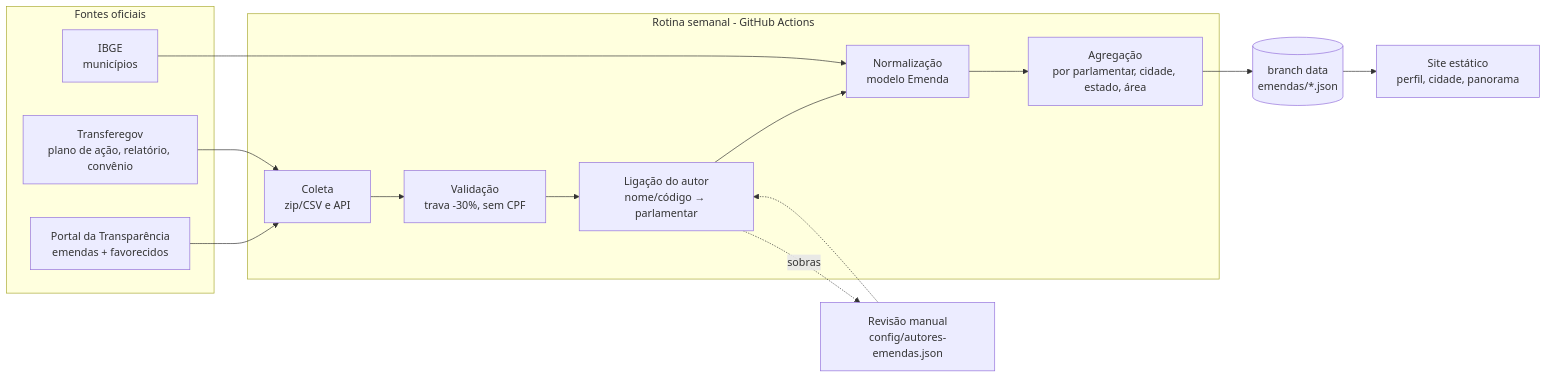
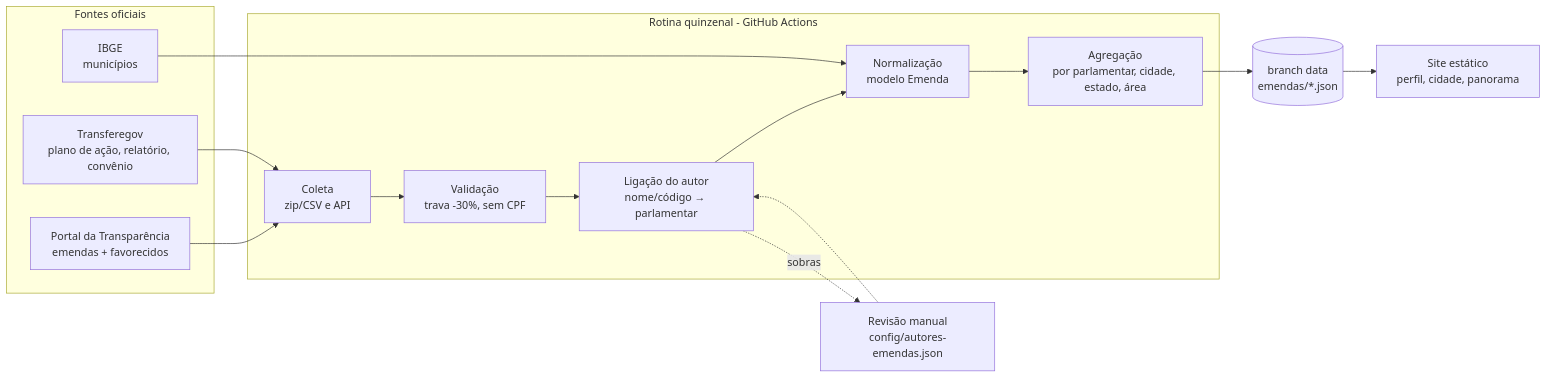
One commit to charlessonmaxwell/adoteumpolitico changed the diagram in bmad/docs/architecture/05-emendas.md. Above: the diagram before and after it, drawn with Mermaid. The commit also changed other lines of this file and 2 other files, not shown here.

First line of the commit message:
Emendas: arquitetura aprovada (quinzenal) e workflow do spike E0

````diff
--- a/bmad/docs/architecture/05-emendas.md
+++ b/bmad/docs/architecture/05-emendas.md
@@ -24,21 +24,21 @@
 ```mermaid
 flowchart LR
   subgraph Fontes oficiais
     PT[Portal da Transparência<br/>emendas + favorecidos]
     TG[Transferegov<br/>plano de ação, relatório, convênio]
     IBGE[IBGE<br/>municípios]
   end
-  subgraph Rotina semanal - GitHub Actions
+  subgraph Rotina quinzenal - GitHub Actions
     C[Coleta<br/>zip/CSV e API] --> V[Validação<br/>trava -30%, sem CPF]
     V --> L[Ligação do autor<br/>nome/código → parlamentar]
     L --> N[Normalização<br/>modelo Emenda]
     N --> A[Agregação<br/>por parlamentar, cidade, estado, área]
   end
   PT --> C
   TG --> C
   IBGE --> N
   A --> D[(branch data<br/>emendas/*.json)]
   D --> S[Site estático<br/>perfil, cidade, panorama]
   L -. sobras .-> R[Revisão manual<br/>config/autores-emendas.json]
   R -.-> L
 ```
````
